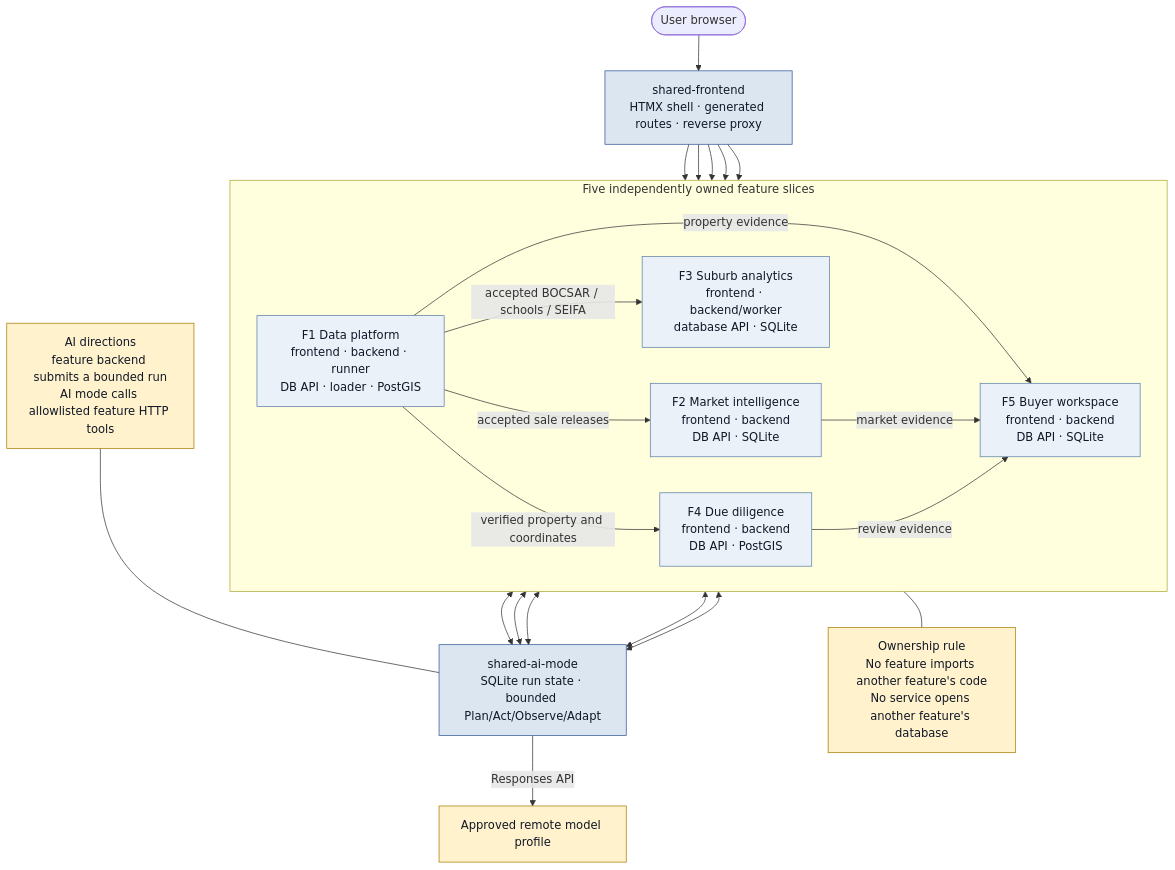
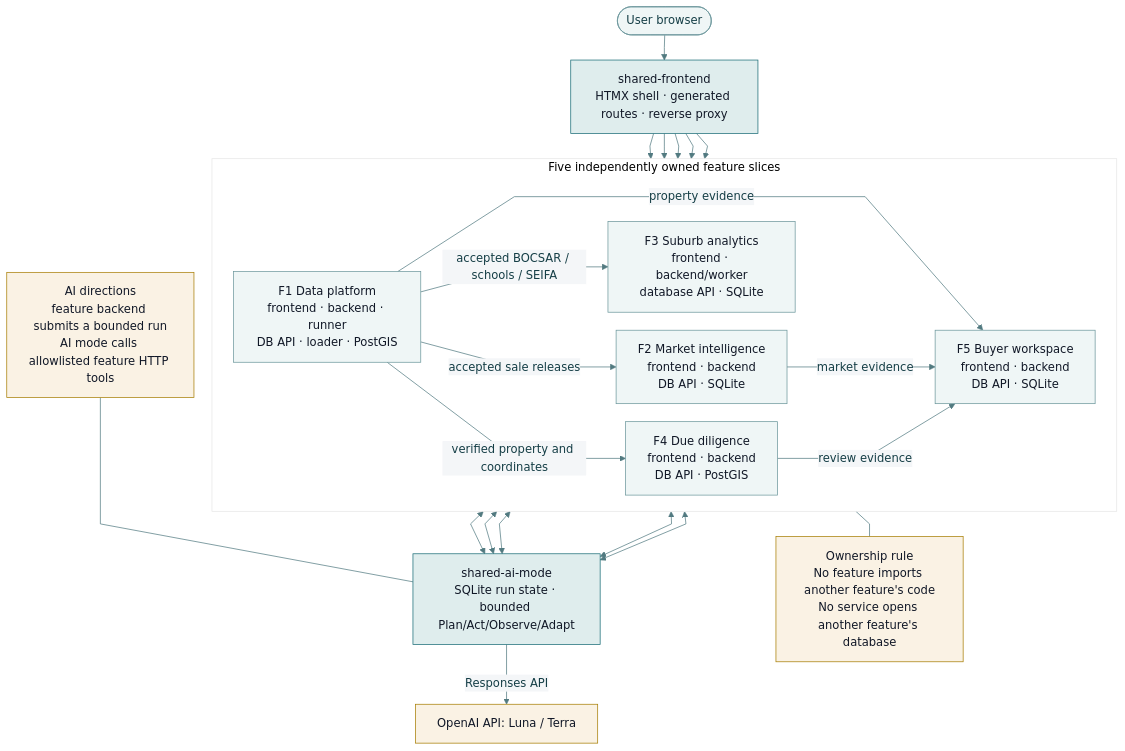
Before and after one commit to MattShelton04/41026ASDProject: the diagram in docs/reports/diagrams/release-0/integrated-architecture.mmd, drawn with Mermaid. The commit also changed 37 other files, not shown here.

```diff
--- a/docs/reports/diagrams/release-0/integrated-architecture.mmd
+++ b/docs/reports/diagrams/release-0/integrated-architecture.mmd
@@ -1,44 +1,45 @@
+%%{init: {"theme":"base","themeVariables":{"fontFamily":"Arial","fontSize":"16px","primaryColor":"#eff6f6","primaryBorderColor":"#6b969b","primaryTextColor":"#153e46","lineColor":"#527a80","secondaryColor":"#f4f6f8","tertiaryColor":"#ffffff"},"flowchart":{"curve":"linear","nodeSpacing":25,"rankSpacing":35}}}%%
 flowchart TB
     user([User browser]) --> edge["shared-frontend<br/>HTMX shell · generated routes · reverse proxy"]
-    model["Approved remote model profile"]
+    model["OpenAI API: Luna / Terra"]
 
     subgraph features["Five independently owned feature slices"]
         direction LR
         f1["F1 Data platform<br/>frontend · backend · runner<br/>DB API · loader · PostGIS"]
         f2["F2 Market intelligence<br/>frontend · backend<br/>DB API · SQLite"]
         f3["F3 Suburb analytics<br/>frontend · backend/worker<br/>database API · SQLite"]
         f4["F4 Due diligence<br/>frontend · backend<br/>DB API · PostGIS"]
         f5["F5 Buyer workspace<br/>frontend · backend<br/>DB API · SQLite"]
     end
 
     edge --> f1
     edge --> f2
     edge --> f3
     edge --> f4
     edge --> f5
 
     f1 -->|accepted sale releases| f2
     f1 -->|accepted BOCSAR / schools / SEIFA| f3
     f1 -->|verified property and coordinates| f4
     f1 -->|property evidence| f5
     f2 -->|market evidence| f5
     f4 -->|review evidence| f5
 
     ai["shared-ai-mode<br/>SQLite run state · bounded Plan/Act/Observe/Adapt"]
     f1 <--> ai
     f2 <--> ai
     f3 <--> ai
     f4 <--> ai
     f5 <--> ai
     aitip["AI directions<br/>feature backend submits a bounded run<br/>AI mode calls allowlisted feature HTTP tools"] --- ai
     ai -->|Responses API| model
 
     isolation["Ownership rule<br/>No feature imports another feature's code<br/>No service opens another feature's database"]
     features --- isolation
 
-    classDef shared fill:#dce6f1,stroke:#2f5597,color:#111827;
-    classDef feature fill:#eaf1f8,stroke:#5b7fa6,color:#111827;
-    classDef note fill:#fff2cc,stroke:#a67c00,color:#111827;
+    classDef shared fill:#dfeded,stroke:#176b75,color:#111827;
+    classDef feature fill:#eff6f6,stroke:#6b969b,color:#111827;
+    classDef note fill:#faf2e4,stroke:#a67c00,color:#111827;
     class edge,ai shared;
     class f1,f2,f3,f4,f5 feature;
     class model,isolation,aitip note;
```
